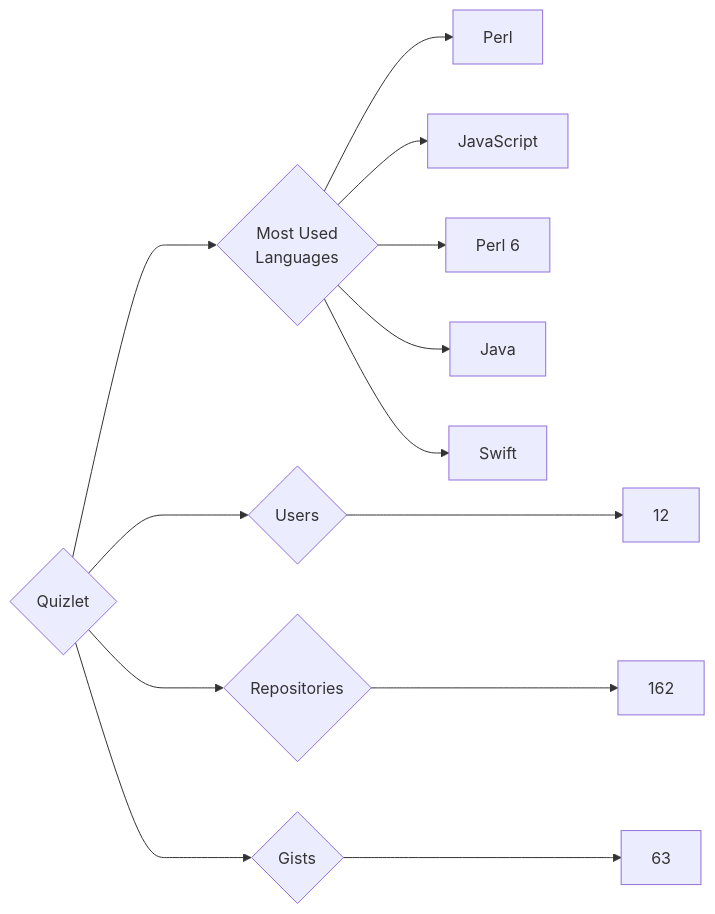
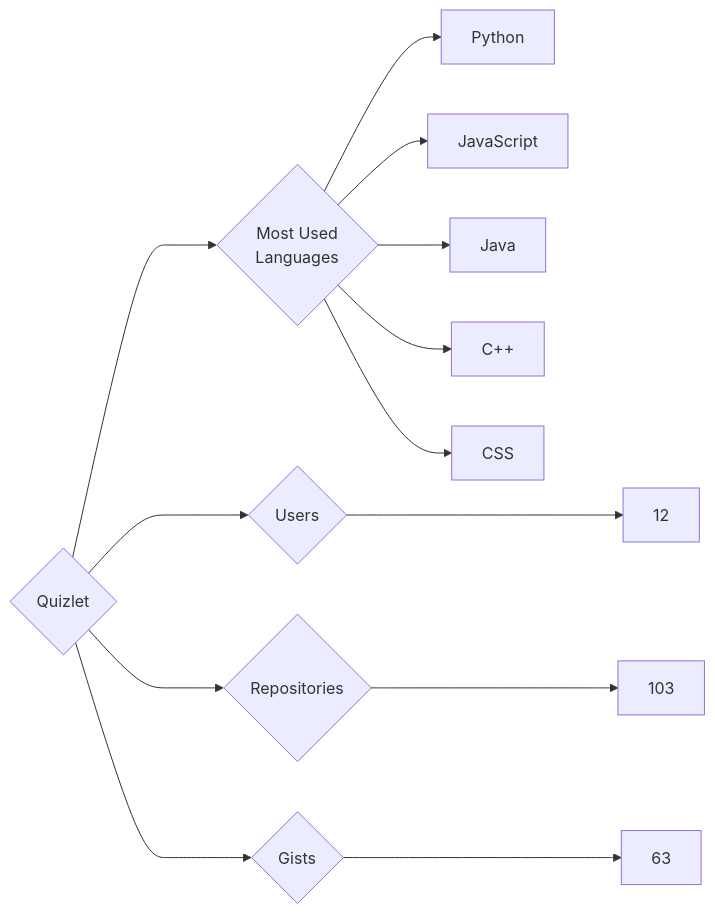
The diagram in targets/Quizlet/README.md (trickest/insiders), drawn with Mermaid before and after one commit. The commit also changed 1248 other files, not shown here.

````diff
--- a/targets/Quizlet/README.md
+++ b/targets/Quizlet/README.md
@@ -3,13 +3,13 @@
 ```mermaid
 graph LR
 COMPANY_NAME{Quizlet}
 COMPANY_NAME ---> U{Users} ---> UN[12]
-COMPANY_NAME ---> R{Repositories} ---> RN[162]
+COMPANY_NAME ---> R{Repositories} ---> RN[103]
 COMPANY_NAME ---> G{Gists} ---> GN[63]
 COMPANY_NAME ---> ML{Most Used<br>Languages}
-ML --> Perl[Perl]
+ML --> Python[Python]
 ML --> JavaScript[JavaScript]
-ML --> Perl_6[Perl 6]
 ML --> Java[Java]
-ML --> Swift[Swift]
+ML --> C++[C++]
+ML --> CSS[CSS]
 ```
````
